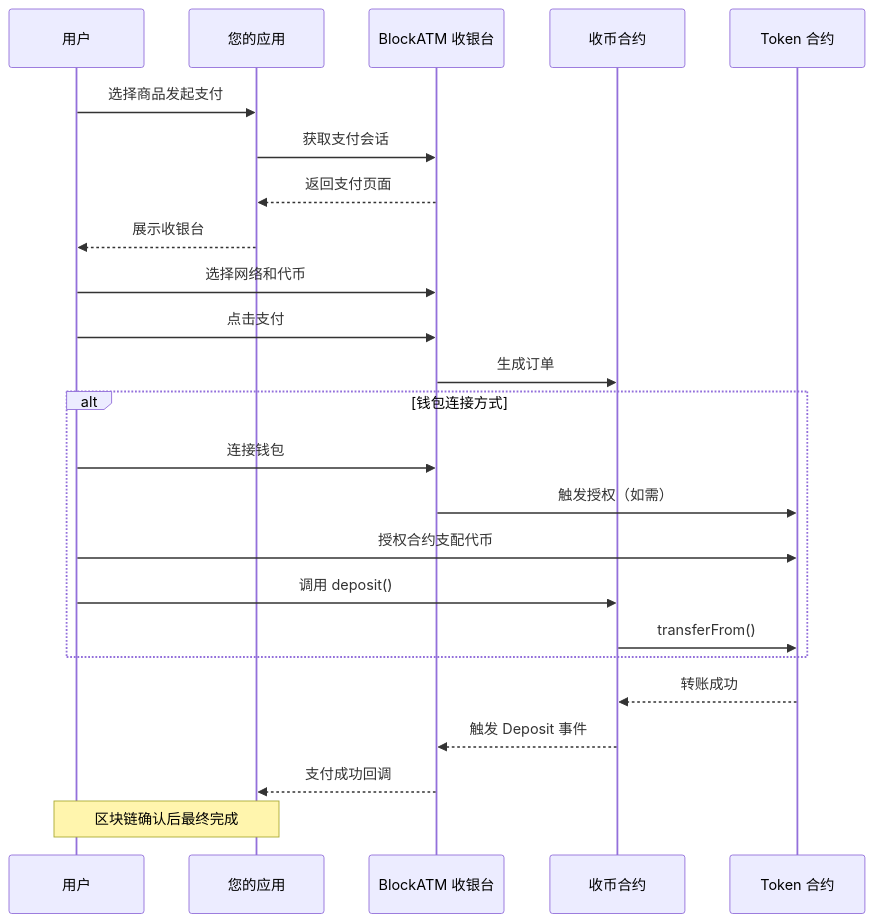
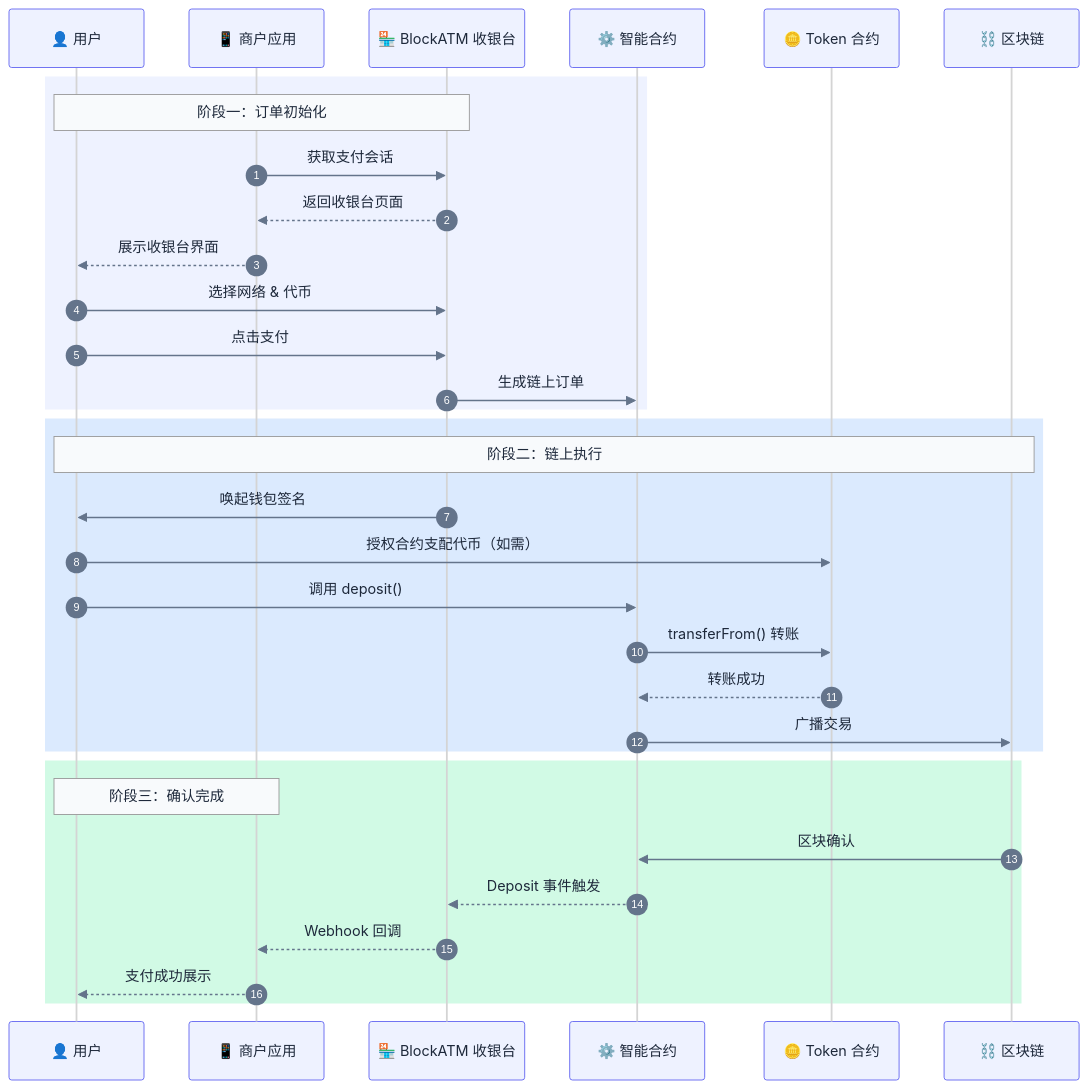
One commit to BlockATMOnLine/docs changed the second of 3 diagrams in products/safepay/how-it-works.md. Above: the diagram before and after it, drawn with Mermaid. The commit also changed other lines of this file and 6 other files, not shown here.

First line of the commit message:
docs: upgrade mermaid diagrams with professional styling

````diff
--- a/products/safepay/how-it-works.md
+++ b/products/safepay/how-it-works.md
@@ -21,31 +32,54 @@
 ```mermaid
+%%{
+  init: {
+    'theme': 'neutral',
+    'themeVariables': {
+      'primaryColor': '#6366F1',
+      'actorBkg': '#EEF2FF',
+      'actorBorder': '#6366F1',
+      'actorTextColor': '#1E293B',
+      'noteBkgColor': '#F8FAFC',
+      'noteTextColor': '#1E293B',
+      'signalColor': '#64748B',
+      'signalTextColor': '#1E293B'
+    }
+  }
+}%%
 sequenceDiagram
-    participant User as 用户
-    participant DApp as 您的应用
-    participant Cashier as BlockATM 收银台
-    participant Contract as 收币合约
-    participant Token as Token 合约
-    
-    User->>DApp: 选择商品发起支付
-    DApp->>Cashier: 获取支付会话
-    Cashier-->>DApp: 返回支付页面
-    DApp-->>User: 展示收银台
-    
-    User->>Cashier: 选择网络和代币
-    User->>Cashier: 点击支付
-    Cashier->>Contract: 生成订单
-    
-    alt 钱包连接方式
-        User->>Cashier: 连接钱包
-        Cashier->>Token: 触发授权（如需）
-        User->>Token: 授权合约支配代币
-        User->>Contract: 调用 deposit()
-        Contract->>Token: transferFrom()
+    autonumber
+
+    participant U as 👤 用户
+    participant A as 📱 商户应用
+    participant C as 🏪 BlockATM 收银台
+    participant S as ⚙️ 智能合约
+    participant T as 🪙 Token 合约
+    participant B as ⛓️ 区块链
+
+    rect rgb(238, 242, 255)
+        Note over U,C: 阶段一：订单初始化
+        A->>C: 获取支付会话
+        C-->>A: 返回收银台页面
+        A-->>U: 展示收银台界面
+        U->>C: 选择网络 & 代币
+        U->>C: 点击支付
+        C->>S: 生成链上订单
     end
-    
-    Token-->>Contract: 转账成功
-    Contract-->>Cashier: 触发 Deposit 事件
-    Cashier-->>DApp: 支付成功回调
-    
-    Note over User,DApp: 区块链确认后最终完成
+
+    rect rgb(219, 234, 254)
+        Note over U,B: 阶段二：链上执行
+        C->>U: 唤起钱包签名
+        U->>T: 授权合约支配代币（如需）
+        U->>S: 调用 deposit()
+        S->>T: transferFrom() 转账
+        T-->>S: 转账成功
+        S->>B: 广播交易
+    end
+
+    rect rgb(209, 250, 229)
+        Note over U,A: 阶段三：确认完成
+        B->>S: 区块确认
+        S-->>C: Deposit 事件触发
+        C-->>A: Webhook 回调
+        A-->>U: 支付成功展示
+    end
 ```
````
